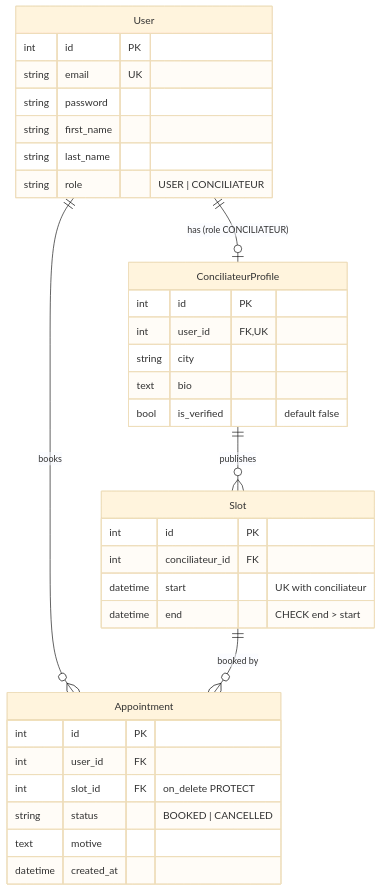
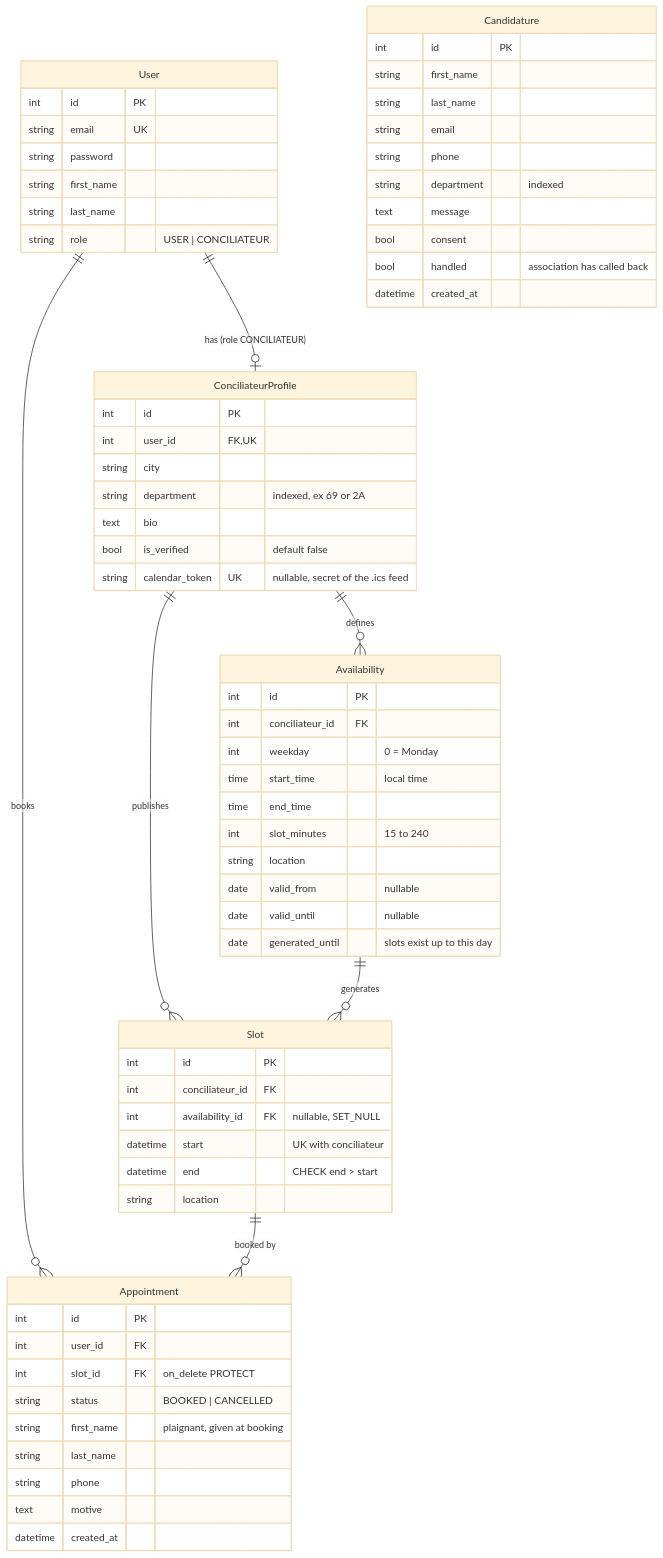
Before and after one commit to GauthierMalfilatre/conciliabulle: the diagram in backend/README.md, drawn with Mermaid (base theme). The commit also changed other lines of this file and 2 other files, not shown here.

Commit message:
docs: document the new features (contact, département, location, availabilities, ics, candidatures)

````diff
--- a/backend/README.md
+++ b/backend/README.md
@@ -20,37 +23,70 @@
 ```mermaid
 erDiagram
     User ||--o| ConciliateurProfile : "has (role CONCILIATEUR)"
     User ||--o{ Appointment : books
+    ConciliateurProfile ||--o{ Availability : defines
     ConciliateurProfile ||--o{ Slot : publishes
+    Availability ||--o{ Slot : generates
     Slot ||--o{ Appointment : "booked by"
 
     User {
         int id PK
         string email UK
         string password
         string first_name
         string last_name
         string role "USER | CONCILIATEUR"
     }
     ConciliateurProfile {
         int id PK
         int user_id FK, UK
         string city
+        string department "indexed, ex 69 or 2A"
         text bio
         bool is_verified "default false"
+        string calendar_token UK "nullable, secret of the .ics feed"
+    }
+    Availability {
+        int id PK
+        int conciliateur_id FK
+        int weekday "0 = Monday"
+        time start_time "local time"
+        time end_time
+        int slot_minutes "15 to 240"
+        string location
+        date valid_from "nullable"
+        date valid_until "nullable"
+        date generated_until "slots exist up to this day"
     }
     Slot {
         int id PK
         int conciliateur_id FK
+        int availability_id FK "nullable, SET_NULL"
         datetime start "UK with conciliateur"
         datetime end "CHECK end > start"
+        string location
     }
     Appointment {
         int id PK
         int user_id FK
         int slot_id FK "on_delete PROTECT"
         string status "BOOKED | CANCELLED"
+        string first_name "plaignant, given at booking"
+        string last_name
+        string phone
         text motive
         datetime created_at
     }
+    Candidature {
+        int id PK
+        string first_name
+        string last_name
+        string email
+        string phone
+        string department "indexed"
+        text message
+        bool consent
+        bool handled "association has called back"
+        datetime created_at
+    }
 ```
````
